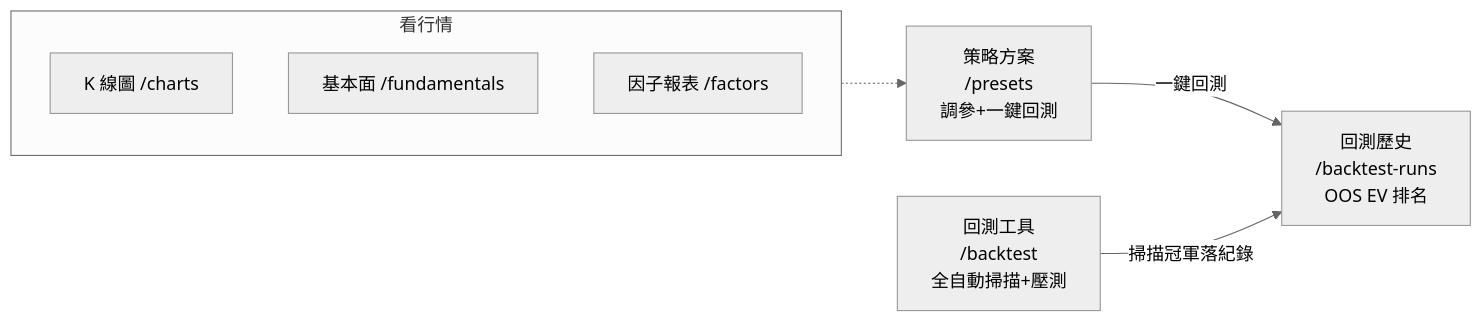
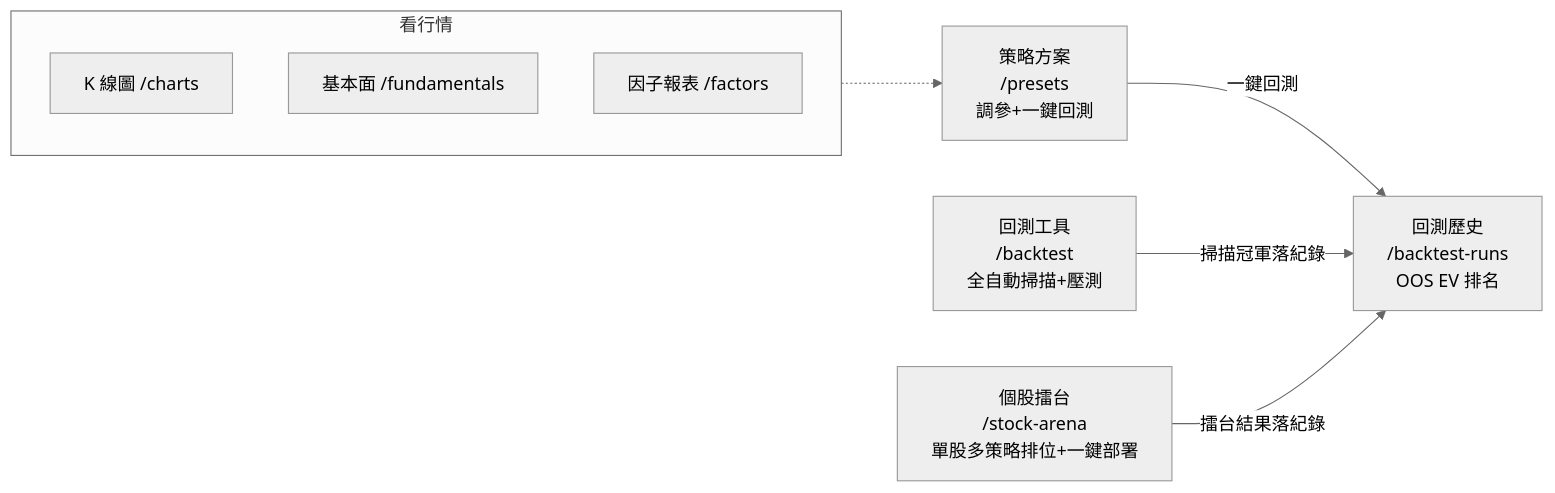
One commit to AlexChang1999/Albee_Stock changed the third of 6 diagrams in docs/reference/frontend-pages-map.md. Above: the diagram before and after it, drawn with Mermaid (neutral theme). The commit also changed other lines of this file and 11 other files, not shown here.

````diff
--- a/docs/reference/frontend-pages-map.md
+++ b/docs/reference/frontend-pages-map.md
@@ -43,15 +46,17 @@
 ```mermaid
 flowchart LR
     subgraph info["看行情"]
         charts["K 線圖 /charts"]
         fundamentals["基本面 /fundamentals"]
         factors["因子報表 /factors"]
     end
     presets["策略方案<br/>/presets<br/>調參+一鍵回測"]
     backtesttools["回測工具<br/>/backtest<br/>全自動掃描+壓測"]
     backtestrun["回測歷史<br/>/backtest-runs<br/>OOS EV 排名"]
+    stockarena["個股擂台<br/>/stock-arena<br/>單股多策略排位+一鍵部署"]
 
     info -.-> presets
     presets -->|"一鍵回測"| backtestrun
     backtesttools -->|"掃描冠軍落紀錄"| backtestrun
+    stockarena -->|"擂台結果落紀錄"| backtestrun
 ```
````
